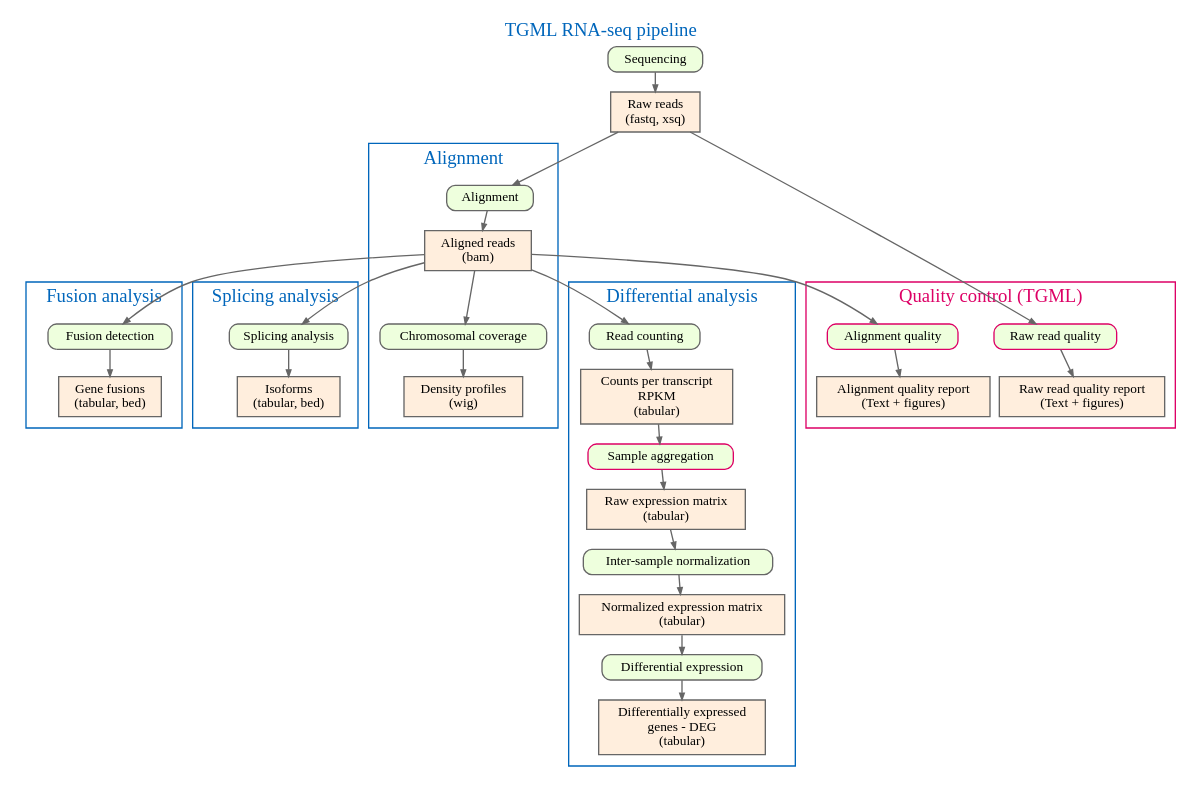
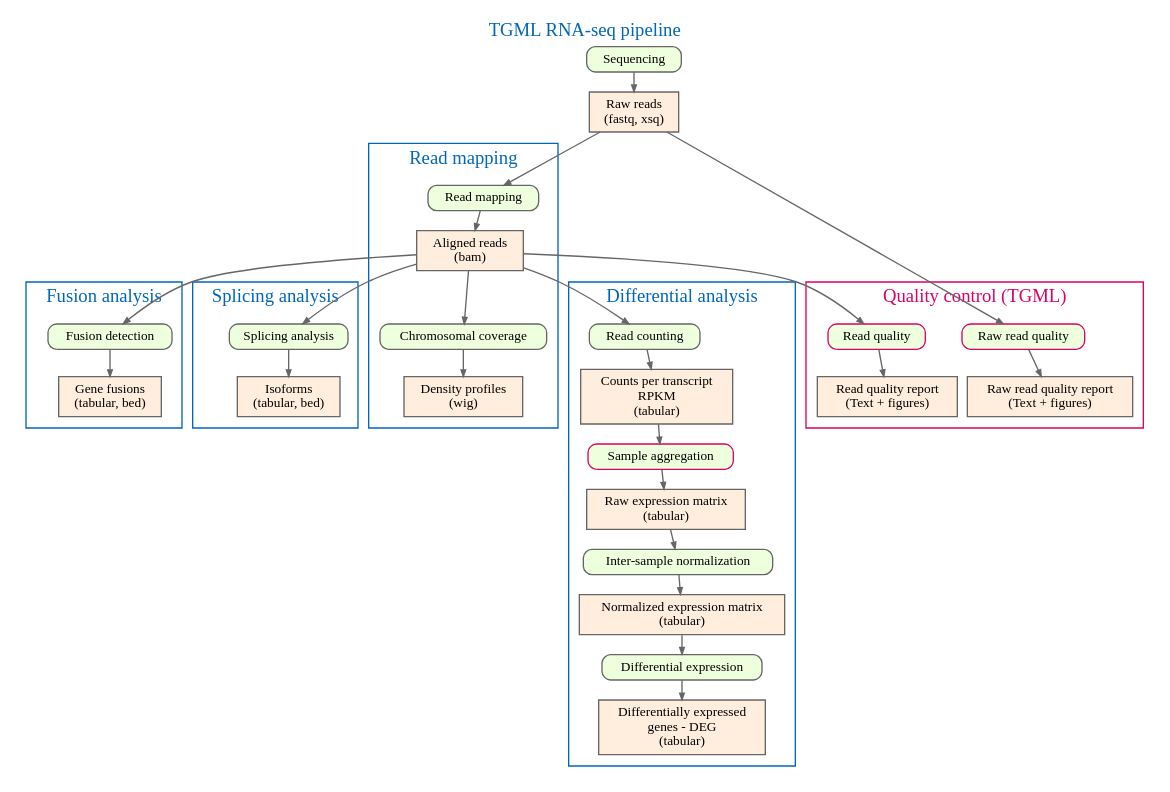
The diagram in doc/flowcharts/rna-seq_anlaysis.dot (rsa-tools/rsat-code), drawn with Graphviz before and after one commit. The commit also changed 6 other files, not shown here.

```diff
--- a/doc/flowcharts/rna-seq_anlaysis.dot
+++ b/doc/flowcharts/rna-seq_anlaysis.dot
@@ -1,91 +1,91 @@
 digraph {
 
 	graph [fontname="ArialBlack",fontsize="14", label="TGML RNA-seq pipeline" labelloc="t", fontcolor="#0066BB", nodesep="0.1", ranksep="0.2"];
 	edge [fontname="ArialMT",fontsize="10",labelfontname="ArialMT",labelfontsize="10", arrowsize="0.5", color="#666666"];
 	node [fontname="ArialMT",fontsize="10",shape=record,height="0.2", color="#666666"];
 
 	sequencing [shape="record", style="rounded,filled", fillcolor="#EEFFDD", label="{Sequencing}"];
 	sequencing -> raw_reads;
 	raw_reads [shape="record", style="filled", fillcolor="#FFEEDD", label="{Raw reads\n(fastq, xsq)}"];
 	raw_reads -> read_alignment;
 	raw_reads -> read_quality_analysis
 
 	subgraph cluster_0 {
 		color="#0066BB";
-		label = "Alignment";
+		label = "Read mapping";
 
-		read_alignment [shape="record", style="rounded,filled", fillcolor="#EEFFDD", label="{Alignment}"];
+		read_alignment [shape="record", style="rounded,filled", fillcolor="#EEFFDD", label="{Read mapping}"];
 		read_alignment -> aligned_reads;
 		aligned_reads [shape="record", style="filled", fillcolor="#FFEEDD", label="{Aligned reads\n(bam)}"];
 
 		aligned_reads -> chrom_coverage;
 		chrom_coverage [shape="record", style="rounded,filled", fillcolor="#EEFFDD", label="{Chromosomal coverage}"];
 		chrom_coverage -> density_profiles;
 		density_profiles [shape="record", style="filled", fillcolor="#FFEEDD", label="{Density profiles\n(wig)}"];
 	}
 
 
 	subgraph cluster_4 {
 		color="#0066BB";
 		label = "Fusion analysis";
 		aligned_reads -> fusion_detection;
 		fusion_detection [shape="record", style="rounded,filled", fillcolor="#EEFFDD", label="{Fusion detection}"];
 		fusion_detection -> gene_fusions;
 		gene_fusions [shape="record", style="filled", fillcolor="#FFEEDD", label="{Gene fusions\n(tabular, bed)}"];
 
 	}
 
 	subgraph cluster_5 {
 		color="#0066BB";
 		label = "Splicing analysis";
 		aligned_reads -> splicing_analysis;
 		splicing_analysis [shape="record", style="rounded,filled", fillcolor="#EEFFDD", label="{Splicing analysis}"];
 		splicing_analysis -> isoforms;
 		isoforms [shape="record", style="filled", fillcolor="#FFEEDD", label="{Isoforms\n(tabular, bed)}"];
 
 	}
 
 
 	subgraph cluster_2 {
 		color="#DD0066";
 		fontcolor="#DD0066";
 		label = "Quality control (TGML)";
 
 		read_quality_analysis [shape="record", style="rounded,filled", fillcolor="#EEFFDD", label="{Raw read quality}", color="#DD0066"]
 		read_quality_analysis -> raw_read_quality
 		raw_read_quality [shape="record", style="filled", fillcolor="#FFEEDD", label="{Raw read quality report\n(Text + figures)}"];
 
 		aligned_reads -> ali_quality_analysis
-		ali_quality_analysis [shape="record", style="rounded,filled", fillcolor="#EEFFDD", label="{Alignment quality}", color="#DD0066"]
+		ali_quality_analysis [shape="record", style="rounded,filled", fillcolor="#EEFFDD", label="{Read quality}", color="#DD0066"]
 		ali_quality_analysis -> ali_read_quality
-		ali_read_quality [shape="record", style="filled", fillcolor="#FFEEDD", label="{Alignment quality report\n(Text + figures)}"];
+		ali_read_quality [shape="record", style="filled", fillcolor="#FFEEDD", label="{Read quality report\n(Text + figures)}"];
 	}
 
 
 	subgraph cluster_3 {
 		color="#0066BB";
 		fontcolor="#0066BB";
 		label = "Differential analysis";
 
 		aligned_reads -> read_counting;
 		read_counting [shape="record", style="rounded,filled", fillcolor="#EEFFDD", label="{Read counting}"];
 		read_counting -> counts_per_transcript;
 		counts_per_transcript [shape="record", style="filled", fillcolor="#FFEEDD", label="{Counts per transcript\nRPKM\n(tabular)}"];
 
 		counts_per_transcript -> sample_aggregation;
 		sample_aggregation [shape="record", style="rounded,filled", fillcolor="#EEFFDD", label="{Sample aggregation}", color="#DD0066"];
 		sample_aggregation -> raw_expression_matrix;
 		raw_expression_matrix [shape="record", style="filled", fillcolor="#FFEEDD", label="{Raw expression matrix\n(tabular)}"];
 
 		raw_expression_matrix -> inter_sample_normalization;
 		inter_sample_normalization [shape="record", style="rounded,filled", fillcolor="#EEFFDD", label="{Inter-sample normalization}"];
 		inter_sample_normalization -> normalized_counts;
 		normalized_counts [shape="record", style="filled", fillcolor="#FFEEDD", label="{Normalized expression matrix\n(tabular)}"];
 
 		normalized_counts -> deg_detection;
 		deg_detection [shape="record", style="rounded,filled", fillcolor="#EEFFDD", label="{Differential expression}"];
 		deg_detection -> deg;
 		deg [shape="record", style="filled", fillcolor="#FFEEDD", label="{Differentially expressed\ngenes - DEG\n(tabular)}"];
 	}
 
 }
```
